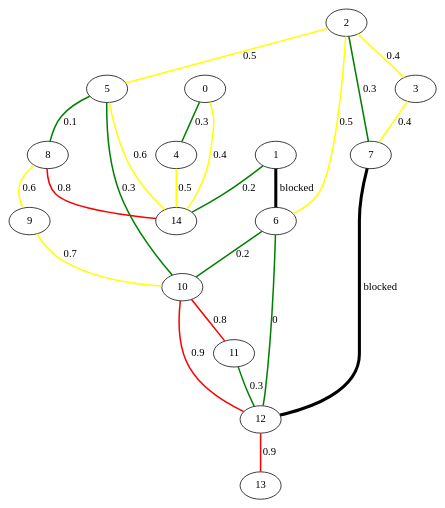
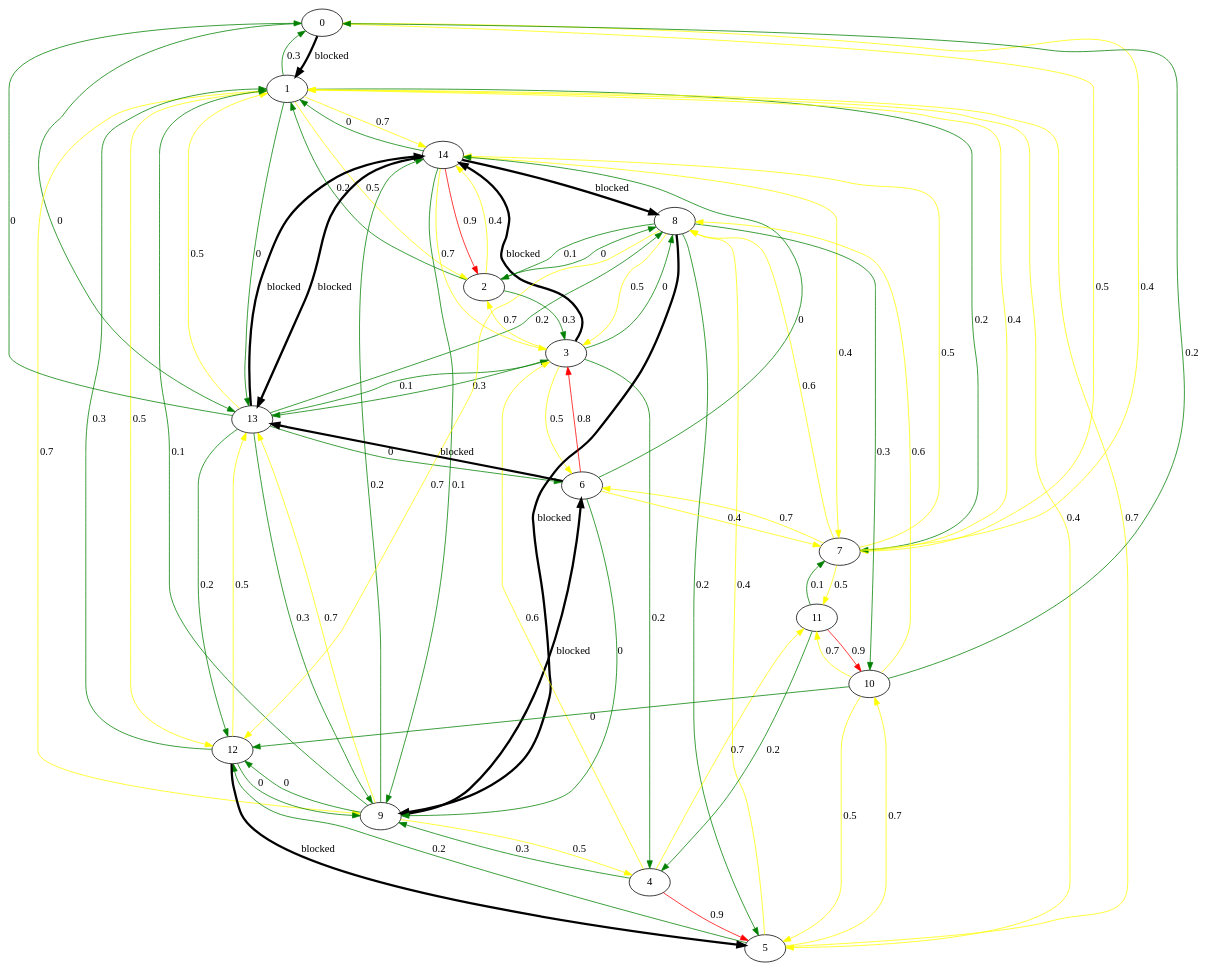
Before and after one commit to Code-with-ease/road-not-taken: the diagram in output.dot, drawn with Graphviz. The commit also changed 9 other files, not shown here.

```diff
--- a/output.dot
+++ b/output.dot
@@ -1,25 +1,81 @@
 digraph Test {
-0 -> 4[dir=none, label="0.3",color= green, penwidth="2"];
-0 -> 14[dir=none, label="0.4",color= yellow, penwidth="2"];
-1 -> 6[dir=none, label="blocked",color= black, penwidth="4"];
-1 -> 14[dir=none, label="0.2",color= green, penwidth="2"];
-2 -> 3[dir=none, label="0.4",color= yellow, penwidth="2"];
-2 -> 5[dir=none, label="0.5",color= yellow, penwidth="2"];
-2 -> 6[dir=none, label="0.5",color= yellow, penwidth="2"];
-2 -> 7[dir=none, label="0.3",color= green, penwidth="2"];
-3 -> 7[dir=none, label="0.4",color= yellow, penwidth="2"];
-4 -> 14[dir=none, label="0.5",color= yellow, penwidth="2"];
-5 -> 8[dir=none, label="0.1",color= green, penwidth="2"];
-5 -> 10[dir=none, label="0.3",color= green, penwidth="2"];
-5 -> 14[dir=none, label="0.6",color= yellow, penwidth="2"];
-6 -> 10[dir=none, label="0.2",color= green, penwidth="2"];
-6 -> 12[dir=none, label="0",color= green, penwidth="2"];
-7 -> 12[dir=none, label="blocked",color= black, penwidth="4"];
-8 -> 9[dir=none, label="0.6",color= yellow, penwidth="2"];
-8 -> 14[dir=none, label="0.8",color= red, penwidth="2"];
-9 -> 10[dir=none, label="0.7",color= yellow, penwidth="2"];
-10 -> 11[dir=none, label="0.8",color= red, penwidth="2"];
-10 -> 12[dir=none, label="0.9",color= red, penwidth="2"];
-11 -> 12[dir=none, label="0.3",color= green, penwidth="2"];
-12 -> 13[dir=none, label="0.9",color= red, penwidth="2"];
+0 -> 1[label="blocked",color= black, penwidth="3"];
+0 -> 7[label="0.5",color= yellow, penwidth="1"];
+0 -> 13[label="0",color= green, penwidth="1"];
+1 -> 0[label="0.3",color= green, penwidth="1"];
+1 -> 2[label="0.5",color= yellow, penwidth="1"];
+1 -> 5[label="0.4",color= yellow, penwidth="1"];
+1 -> 7[label="0.2",color= green, penwidth="1"];
+1 -> 9[label="0.7",color= yellow, penwidth="1"];
+1 -> 12[label="0.5",color= yellow, penwidth="1"];
+1 -> 13[label="0",color= green, penwidth="1"];
+1 -> 14[label="0.7",color= yellow, penwidth="1"];
+2 -> 1[label="0.2",color= green, penwidth="1"];
+2 -> 3[label="0.3",color= green, penwidth="1"];
+2 -> 8[label="0",color= green, penwidth="1"];
+2 -> 14[label="0.4",color= yellow, penwidth="1"];
+3 -> 2[label="0.7",color= yellow, penwidth="1"];
+3 -> 4[label="0.2",color= green, penwidth="1"];
+3 -> 6[label="0.5",color= yellow, penwidth="1"];
+3 -> 8[label="0",color= green, penwidth="1"];
+3 -> 13[label="0.3",color= green, penwidth="1"];
+3 -> 14[label="blocked",color= black, penwidth="3"];
+4 -> 3[label="0.6",color= yellow, penwidth="1"];
+4 -> 5[label="0.9",color= red, penwidth="1"];
+4 -> 9[label="0.3",color= green, penwidth="1"];
+4 -> 11[label="0.7",color= yellow, penwidth="1"];
+5 -> 1[label="0.7",color= yellow, penwidth="1"];
+5 -> 8[label="0.4",color= yellow, penwidth="1"];
+5 -> 10[label="0.7",color= yellow, penwidth="1"];
+5 -> 12[label="0.2",color= green, penwidth="1"];
+6 -> 3[label="0.8",color= red, penwidth="1"];
+6 -> 7[label="0.4",color= yellow, penwidth="1"];
+6 -> 9[label="0",color= green, penwidth="1"];
+6 -> 13[label="blocked",color= black, penwidth="3"];
+6 -> 14[label="0",color= green, penwidth="1"];
+7 -> 0[label="0.4",color= yellow, penwidth="1"];
+7 -> 1[label="0.4",color= yellow, penwidth="1"];
+7 -> 6[label="0.7",color= yellow, penwidth="1"];
+7 -> 8[label="0.6",color= yellow, penwidth="1"];
+7 -> 11[label="0.5",color= yellow, penwidth="1"];
+7 -> 14[label="0.5",color= yellow, penwidth="1"];
+8 -> 2[label="0.1",color= green, penwidth="1"];
+8 -> 3[label="0.5",color= yellow, penwidth="1"];
+8 -> 5[label="0.2",color= green, penwidth="1"];
+8 -> 9[label="blocked",color= black, penwidth="3"];
+8 -> 10[label="0.3",color= green, penwidth="1"];
+8 -> 12[label="0.7",color= yellow, penwidth="1"];
+9 -> 1[label="0.1",color= green, penwidth="1"];
+9 -> 4[label="0.5",color= yellow, penwidth="1"];
+9 -> 6[label="blocked",color= black, penwidth="3"];
+9 -> 12[label="0",color= green, penwidth="1"];
+9 -> 13[label="0.7",color= yellow, penwidth="1"];
+9 -> 14[label="0.2",color= green, penwidth="1"];
+10 -> 0[label="0.2",color= green, penwidth="1"];
+10 -> 5[label="0.5",color= yellow, penwidth="1"];
+10 -> 8[label="0.6",color= yellow, penwidth="1"];
+10 -> 11[label="0.7",color= yellow, penwidth="1"];
+10 -> 12[label="0",color= green, penwidth="1"];
+11 -> 4[label="0.2",color= green, penwidth="1"];
+11 -> 7[label="0.1",color= green, penwidth="1"];
+11 -> 10[label="0.9",color= red, penwidth="1"];
+12 -> 1[label="0.3",color= green, penwidth="1"];
+12 -> 5[label="blocked",color= black, penwidth="3"];
+12 -> 9[label="0",color= green, penwidth="1"];
+12 -> 13[label="0.5",color= yellow, penwidth="1"];
+13 -> 0[label="0",color= green, penwidth="1"];
+13 -> 1[label="0.5",color= yellow, penwidth="1"];
+13 -> 3[label="0.1",color= green, penwidth="1"];
+13 -> 6[label="0",color= green, penwidth="1"];
+13 -> 8[label="0.2",color= green, penwidth="1"];
+13 -> 9[label="0.3",color= green, penwidth="1"];
+13 -> 12[label="0.2",color= green, penwidth="1"];
+13 -> 14[label="blocked",color= black, penwidth="3"];
+14 -> 1[label="0",color= green, penwidth="1"];
+14 -> 2[label="0.9",color= red, penwidth="1"];
+14 -> 3[label="0.7",color= yellow, penwidth="1"];
+14 -> 7[label="0.4",color= yellow, penwidth="1"];
+14 -> 8[label="blocked",color= black, penwidth="3"];
+14 -> 9[label="0.1",color= green, penwidth="1"];
+14 -> 13[label="blocked",color= black, penwidth="3"];
 }
```
